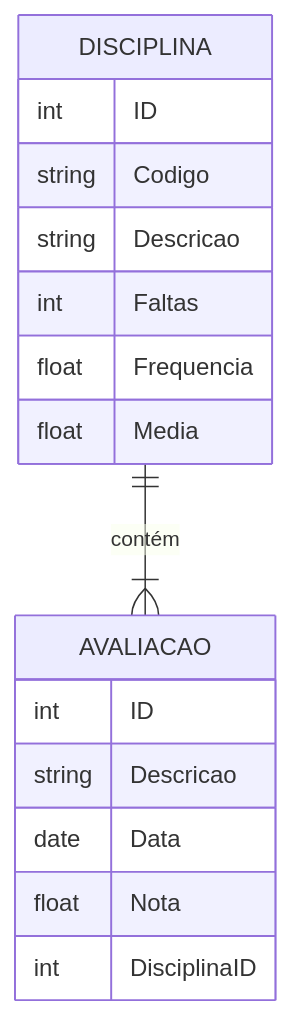
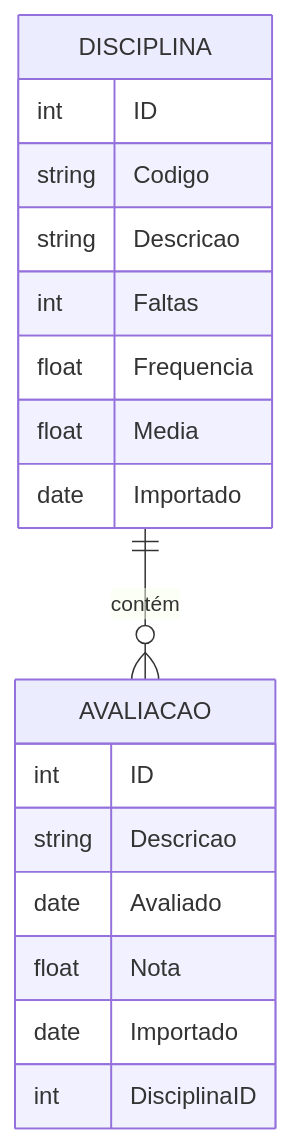
The fourth of 4 diagrams in doc/diagrams.md (h4mn/fatec-monitor), drawn with Mermaid before and after one commit. The commit also changed other lines of this file and 1995 other files, not shown here.

````diff
--- a/doc/diagrams.md
+++ b/doc/diagrams.md
@@ -166,20 +172,22 @@
 ```mermaid
 erDiagram
     DISCIPLINA {
         int ID
         string Codigo
         string Descricao
         int Faltas
         float Frequencia
         float Media
+        date Importado
     }
     AVALIACAO {
         int ID
         string Descricao
-        date Data
+        date Avaliado
         float Nota
+        date Importado
         int DisciplinaID
     }
-    DISCIPLINA ||--|{ AVALIACAO : "contém"
+    DISCIPLINA ||--o{ AVALIACAO : "contém"
 
 ```
````
